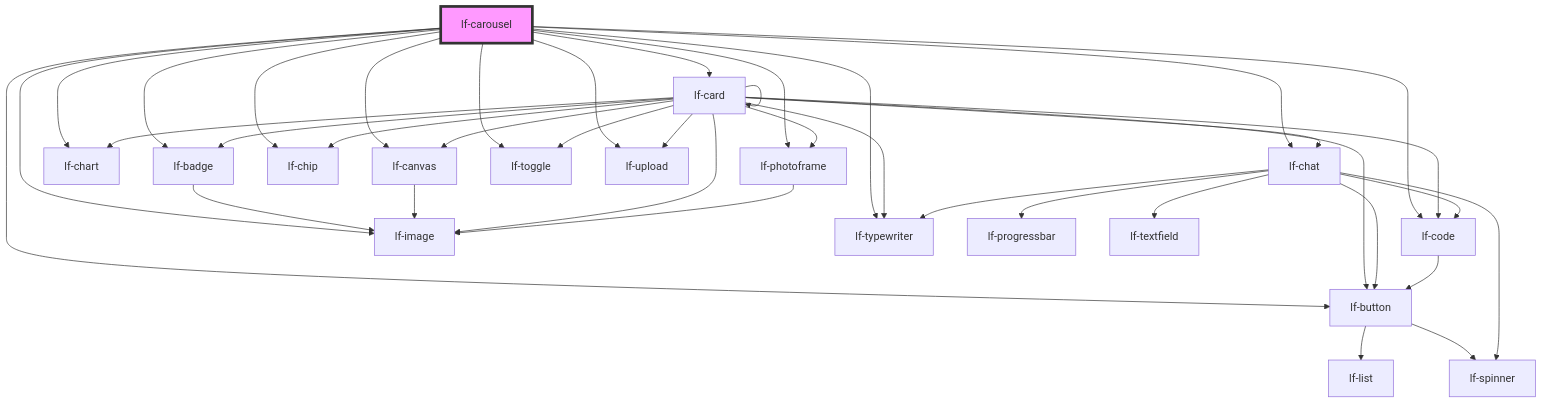
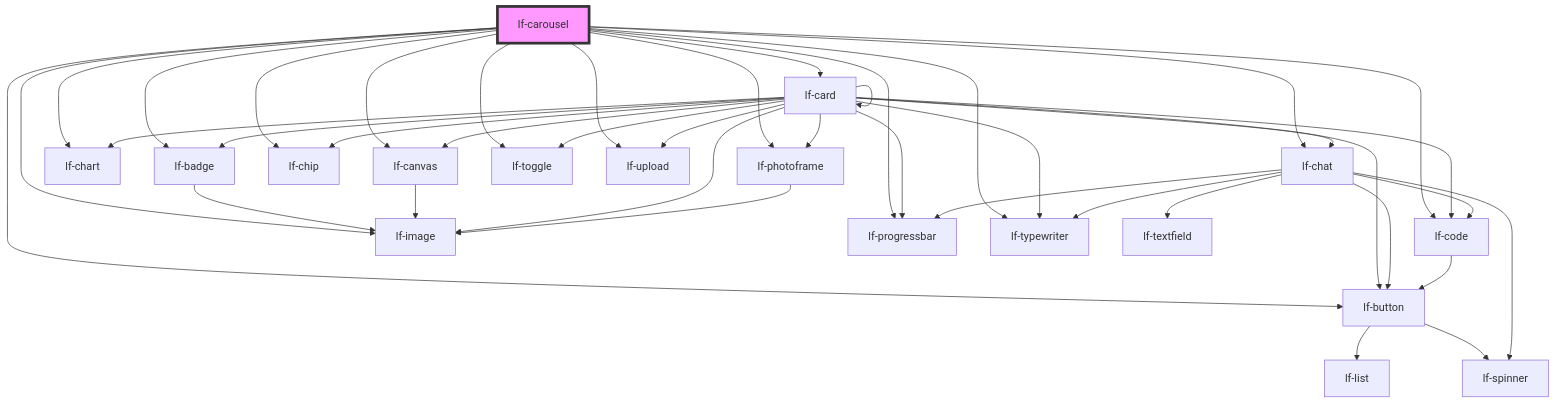
The diagram in packages/core/src/components/lf-carousel/readme.md (lucafoscili/lf-widgets), drawn with Mermaid before and after one commit. The commit also changed other lines of this file and 9 other files, not shown here.

````diff
--- a/packages/core/src/components/lf-carousel/readme.md
+++ b/packages/core/src/components/lf-carousel/readme.md
@@ -154,42 +155,44 @@
 ```mermaid
 graph TD;
   lf-carousel --> lf-badge
   lf-carousel --> lf-button
   lf-carousel --> lf-canvas
   lf-carousel --> lf-card
   lf-carousel --> lf-chart
   lf-carousel --> lf-chat
   lf-carousel --> lf-chip
   lf-carousel --> lf-code
   lf-carousel --> lf-image
   lf-carousel --> lf-photoframe
+  lf-carousel --> lf-progressbar
   lf-carousel --> lf-toggle
   lf-carousel --> lf-typewriter
   lf-carousel --> lf-upload
   lf-badge --> lf-image
   lf-button --> lf-list
   lf-button --> lf-spinner
   lf-canvas --> lf-image
   lf-card --> lf-badge
   lf-card --> lf-button
   lf-card --> lf-canvas
   lf-card --> lf-card
   lf-card --> lf-chart
   lf-card --> lf-chat
   lf-card --> lf-chip
   lf-card --> lf-code
   lf-card --> lf-image
   lf-card --> lf-photoframe
+  lf-card --> lf-progressbar
   lf-card --> lf-toggle
   lf-card --> lf-typewriter
   lf-card --> lf-upload
   lf-chat --> lf-spinner
   lf-chat --> lf-button
   lf-chat --> lf-typewriter
   lf-chat --> lf-progressbar
   lf-chat --> lf-textfield
   lf-chat --> lf-code
   lf-code --> lf-button
   lf-photoframe --> lf-image
   style lf-carousel fill:#f9f,stroke:#333,stroke-width:4px
 ```
````
